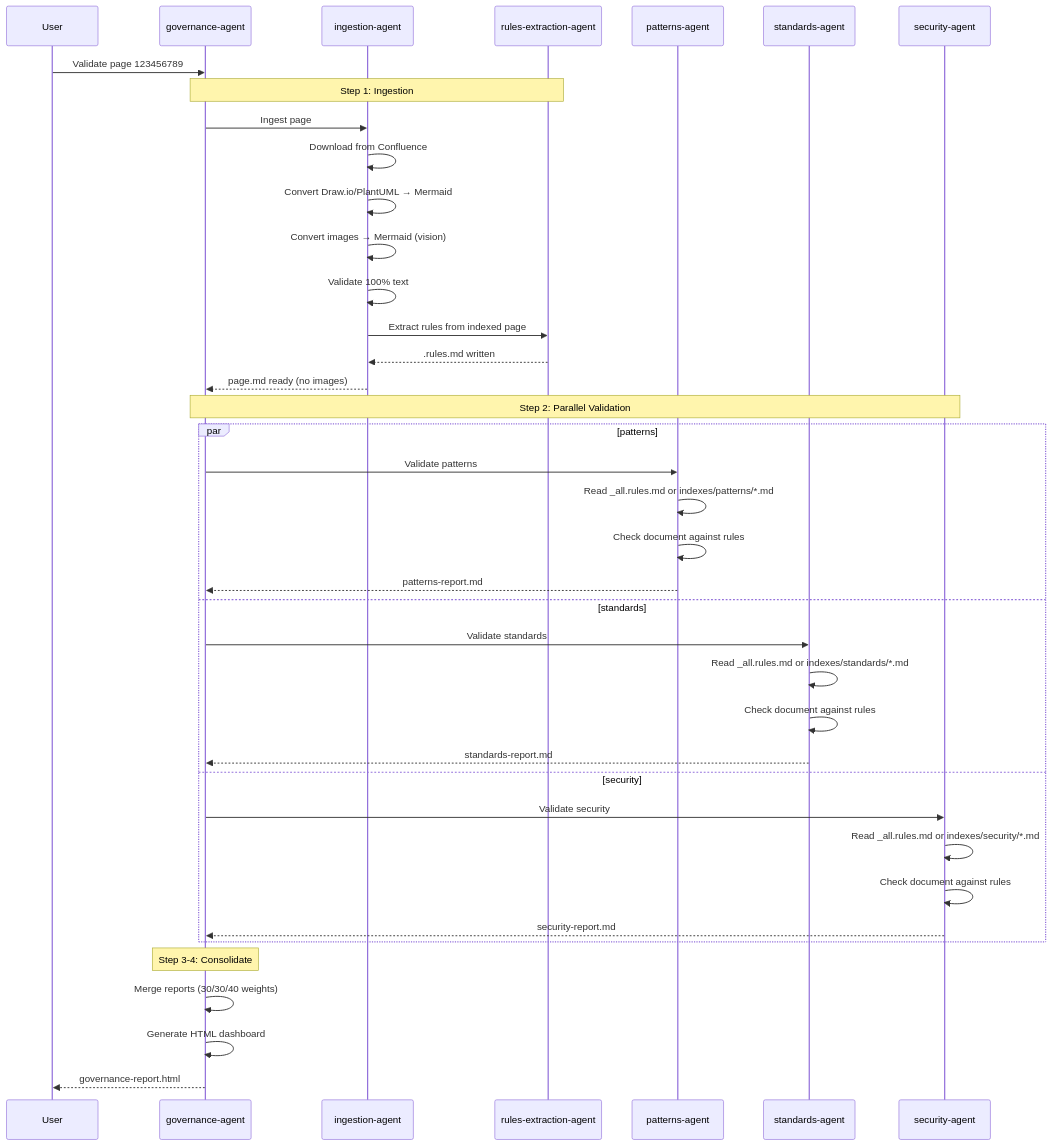
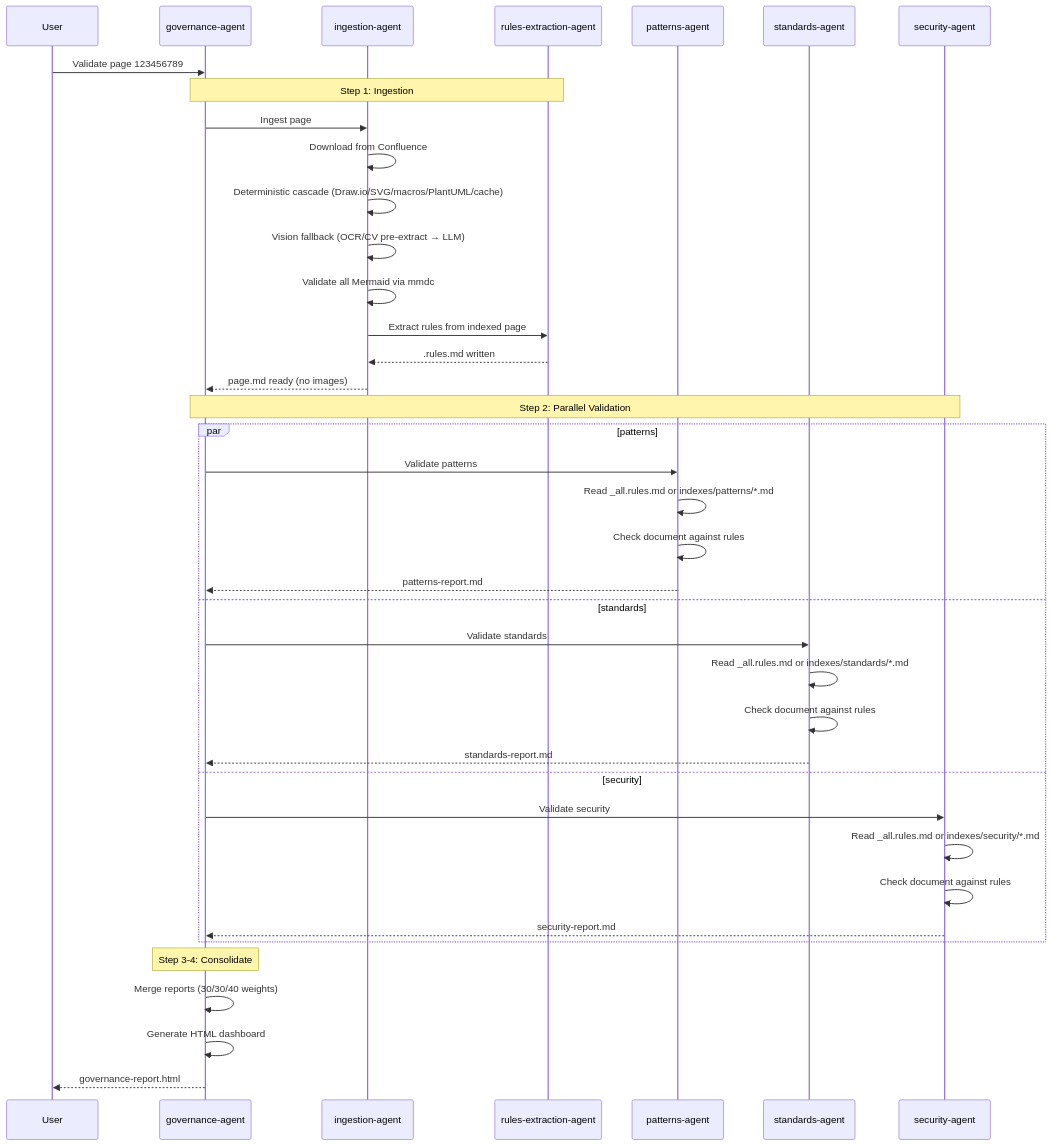
One commit to byrash/architecture-governance changed the third of 4 diagrams in README.md. Above: the diagram before and after it, drawn with Mermaid. The commit also changed other lines of this file and 12 other files, not shown here.

Commit message:
Introduce tessract + opencv + svg to mermaid to increase chances of being more deterministic

````diff
--- a/README.md
+++ b/README.md
@@ -265,45 +296,45 @@
 ```mermaid
 sequenceDiagram
     participant User
     participant GA as governance-agent
     participant IA as ingestion-agent
     participant REA as rules-extraction-agent
     participant PA as patterns-agent
     participant SA as standards-agent
     participant SEA as security-agent
 
     User->>GA: Validate page 123456789
     
     Note over GA,REA: Step 1: Ingestion
     GA->>IA: Ingest page
     IA->>IA: Download from Confluence
-    IA->>IA: Convert Draw.io/PlantUML → Mermaid
-    IA->>IA: Convert images → Mermaid (vision)
-    IA->>IA: Validate 100% text
+    IA->>IA: Deterministic cascade (Draw.io/SVG/macros/PlantUML/cache)
+    IA->>IA: Vision fallback (OCR/CV pre-extract → LLM)
+    IA->>IA: Validate all Mermaid via mmdc
     IA->>REA: Extract rules from indexed page
     REA-->>IA: .rules.md written
     IA-->>GA: page.md ready (no images)
 
     Note over GA,SEA: Step 2: Parallel Validation
     par patterns
         GA->>PA: Validate patterns
         PA->>PA: Read _all.rules.md or indexes/patterns/*.md
         PA->>PA: Check document against rules
         PA-->>GA: patterns-report.md
     and standards
         GA->>SA: Validate standards
         SA->>SA: Read _all.rules.md or indexes/standards/*.md
         SA->>SA: Check document against rules
         SA-->>GA: standards-report.md
     and security
         GA->>SEA: Validate security
         SEA->>SEA: Read _all.rules.md or indexes/security/*.md
         SEA->>SEA: Check document against rules
         SEA-->>GA: security-report.md
     end
 
     Note over GA: Step 3-4: Consolidate
     GA->>GA: Merge reports (30/30/40 weights)
     GA->>GA: Generate HTML dashboard
     GA-->>User: governance-report.html
 ```
````
